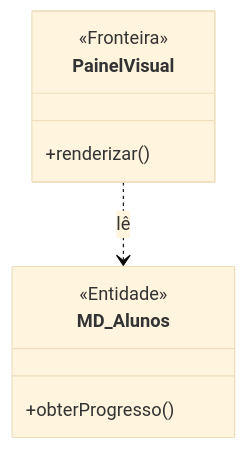
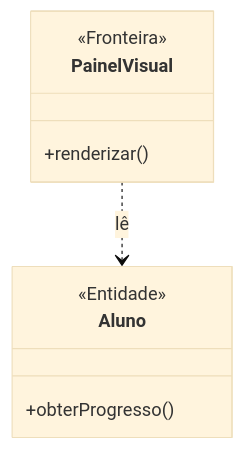
The first of 2 diagrams in PIM_III/02_Modelagem_UML_Astah/UC14_Visualizar_Painel_Progresso/README.md (MayconDIS/PIM_III-Documentacao_UML), drawn with Mermaid (base theme) before and after one commit. The commit also changed other lines of this file and 86 other files, not shown here.

Commit message:
docs(uml): add comprehensive UML diagrams and tutorials for all 15 use cases

````diff
--- a/PIM_III/02_Modelagem_UML_Astah/UC14_Visualizar_Painel_Progresso/README.md
+++ b/PIM_III/02_Modelagem_UML_Astah/UC14_Visualizar_Painel_Progresso/README.md
@@ -40,12 +40,12 @@
 ```mermaid
 classDiagram
     class PainelVisual {
         <<Fronteira>>
         +renderizar()
     }
-    class MD_Alunos {
+    class Aluno {
         <<Entidade>>
         +obterProgresso()
     }
-    PainelVisual ..> MD_Alunos : lê
+    PainelVisual ..> Aluno : lê
 ```
````
